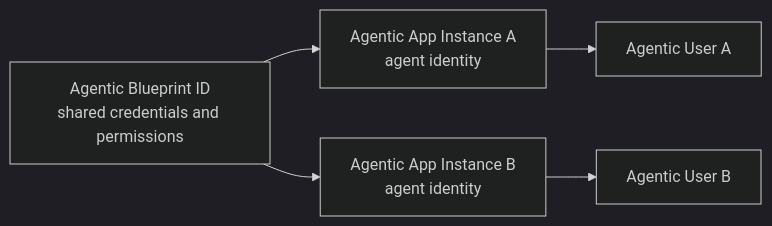
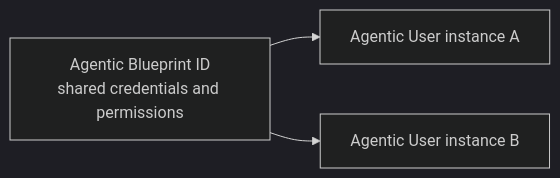
The diagram in teams.md/src/pages/templates/in-depth-guides/agent-365/README.mdx (microsoft/teams-ai), drawn with Mermaid (dark theme) before and after one commit. The commit also changed other lines of this file and 1 other file, not shown here.

Commit message:
docs: clarify Agentic User setup flow

````diff
--- a/teams.md/src/pages/templates/in-depth-guides/agent-365/README.mdx
+++ b/teams.md/src/pages/templates/in-depth-guides/agent-365/README.mdx
@@ -18,8 +18,6 @@
 ```mermaid
 flowchart LR
   B[Agentic Blueprint ID<br/>shared credentials and permissions]
-  B --> I1[Agentic App Instance A<br/>agent identity]
-  B --> I2[Agentic App Instance B<br/>agent identity]
-  I1 --> U1[Agentic User A]
-  I2 --> U2[Agentic User B]
+  B --> U1[Agentic User instance A]
+  B --> U2[Agentic User instance B]
 ```
````
